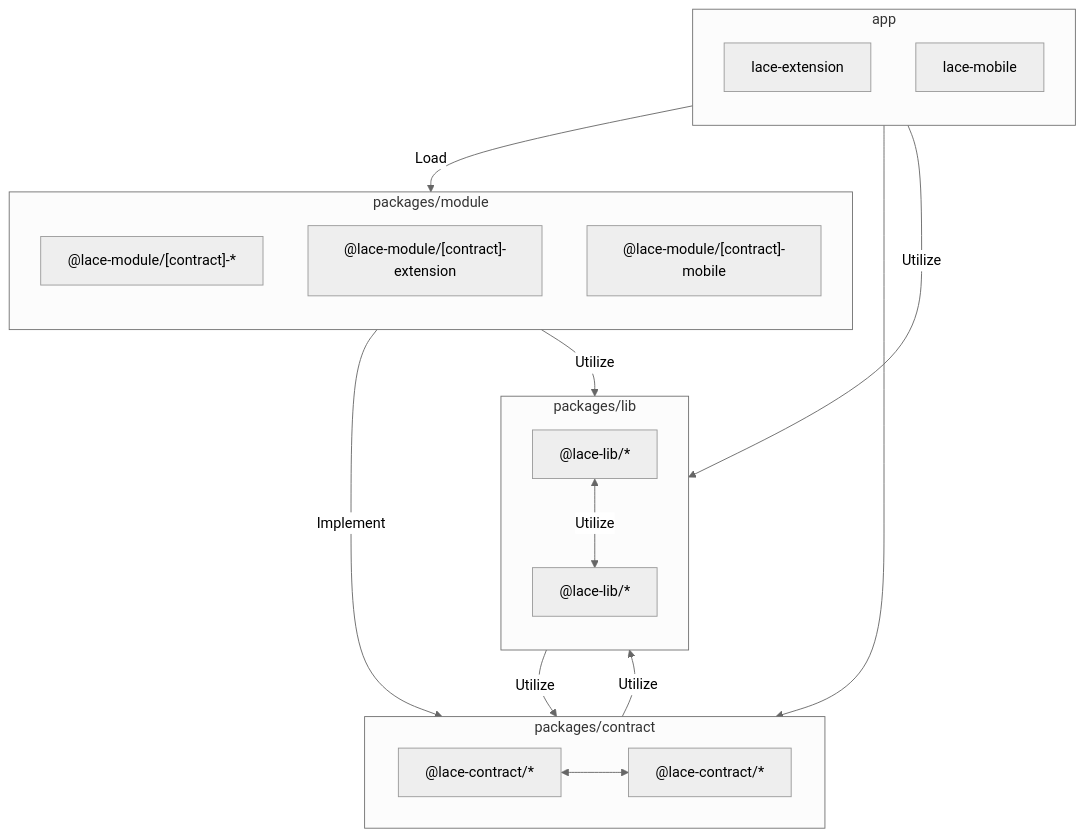
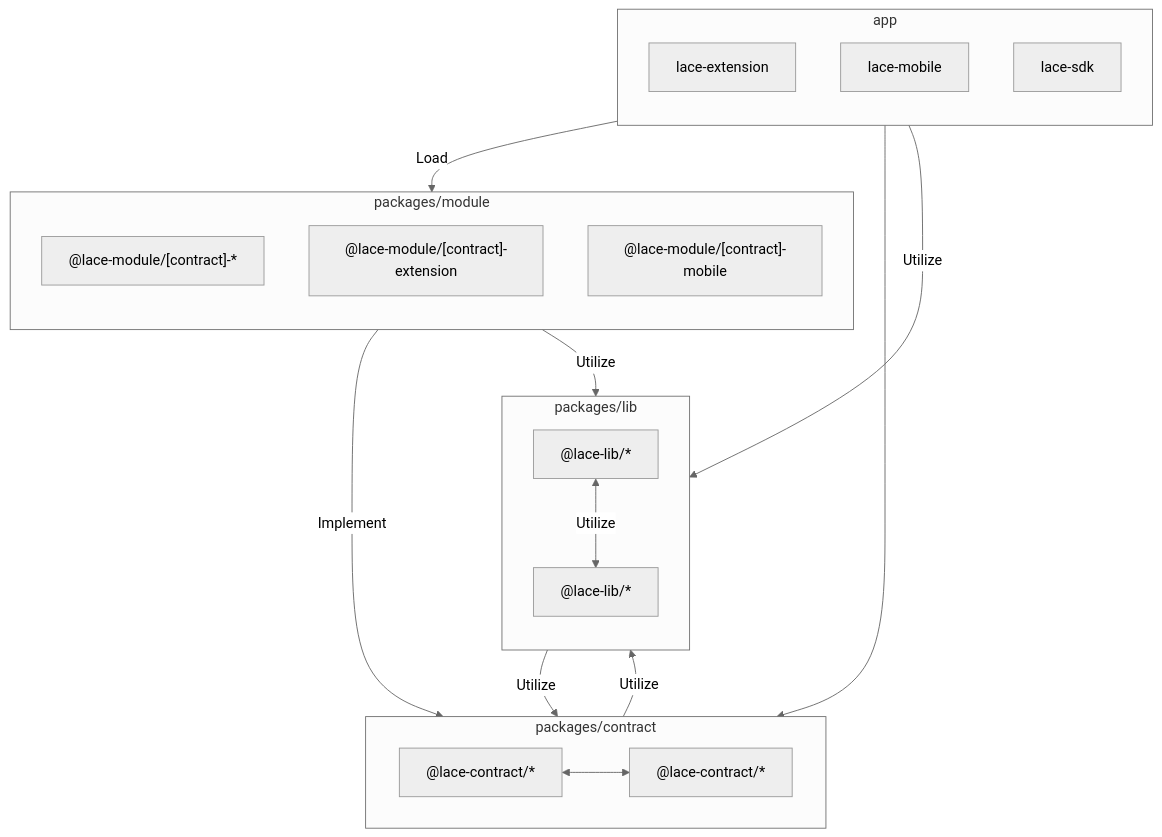
One commit to input-output-hk/lace changed the diagram in docs/WORKSPACE.md. Above: the diagram before and after it, drawn with Mermaid (neutral theme). The commit also changed other lines of this file and 2361 other files, not shown here.

````diff
--- a/docs/WORKSPACE.md
+++ b/docs/WORKSPACE.md
@@ -1,32 +1,33 @@
 ```mermaid
 flowchart TB
   subgraph app["app"]
     direction TB
     extension["lace-extension"]
     mobile["lace-mobile"]
+    sdk["lace-sdk"]
   end
   subgraph module["packages/module"]
     direction TB
     contract-module["@lace-module/[contract]-*"]
     extension-module["@lace-module/[contract]-extension"]
     mobile-module["@lace-module/[contract]-mobile"]
   end
   subgraph contract["packages/contract"]
     contract-package["@lace-contract/*"]
     contract-package2["@lace-contract/*"]
   end
   subgraph lib["packages/lib"]
     direction TB
     lib-package2["@lace-lib/*"]
     lib-package["@lace-lib/*"]
   end
   app -- Load --> module
   module -- Implement --> contract
   contract-package <--> contract-package2
   app --> contract
   app -- Utilize --> lib
   module -- Utilize --> lib
   contract -- Utilize --> lib
   lib -- Utilize --> contract
   lib-package <-- Utilize --> lib-package2
 ```
````
